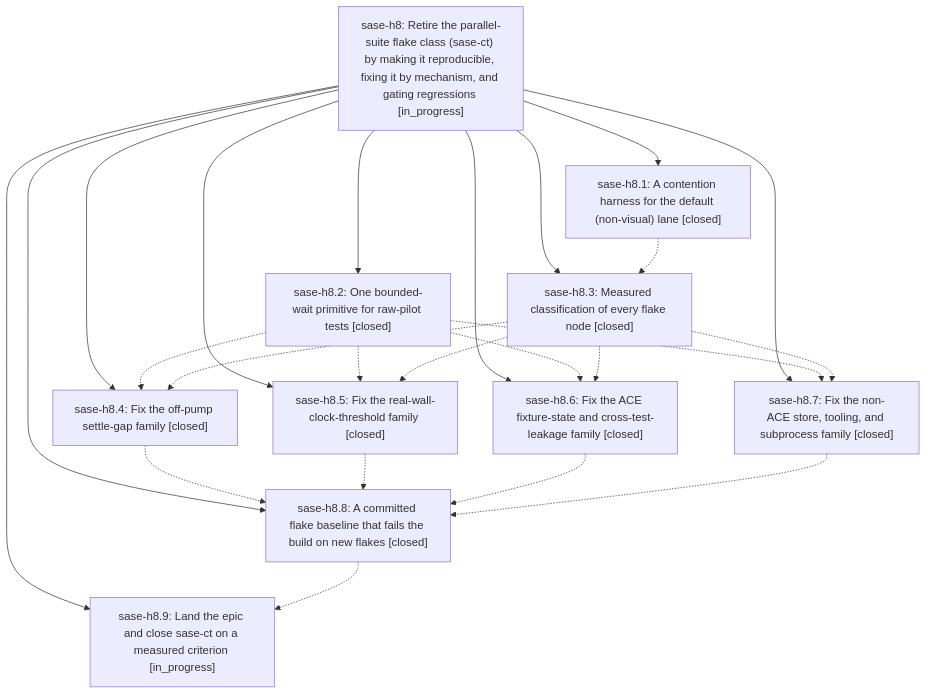
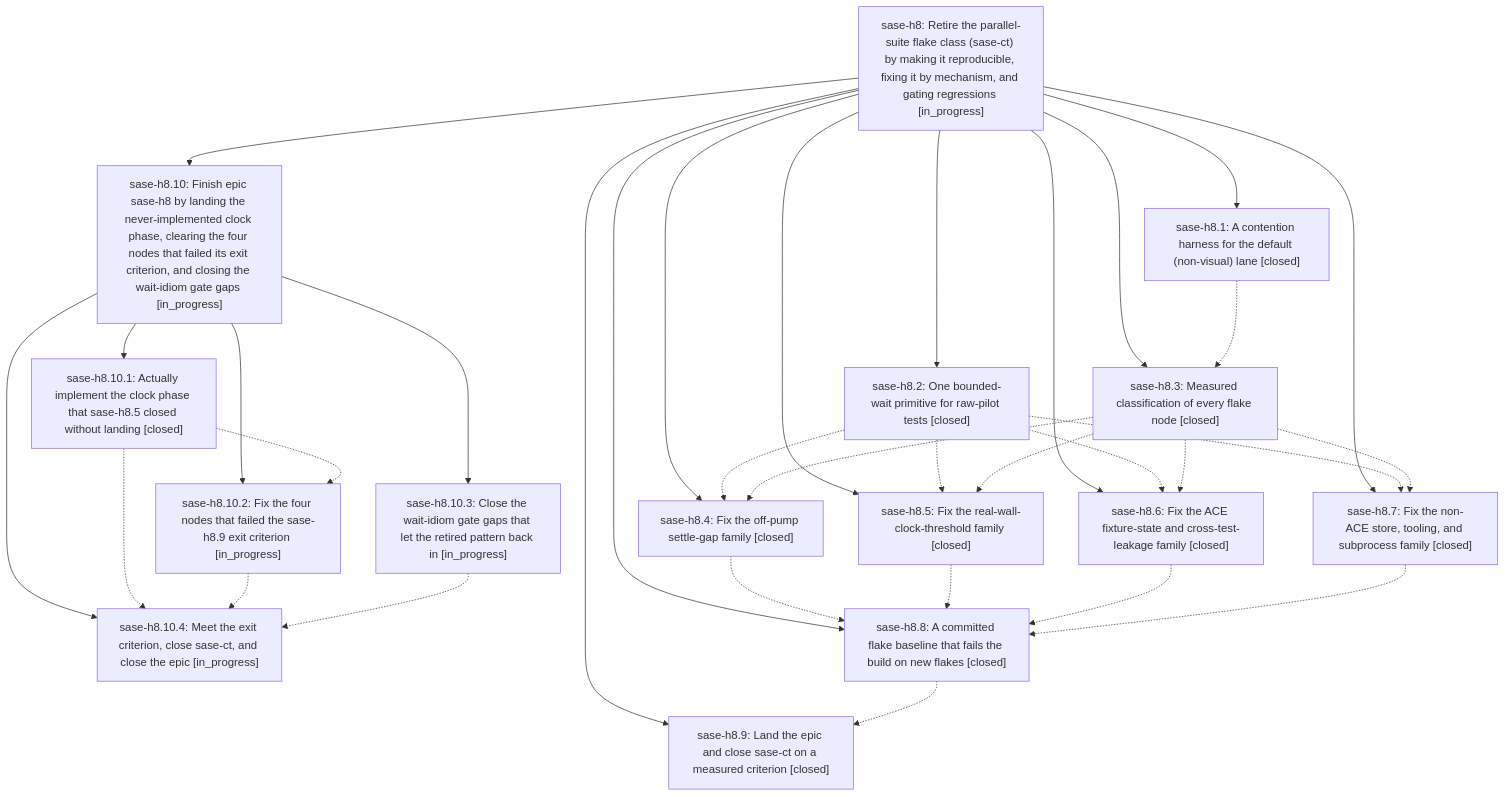
Before and after one commit to sase-org/sase--beads: the diagram in pages/sase-h8/README.md, drawn with Mermaid. The commit also changed other lines of this file and 7 other files, not shown here.

````diff
--- a/pages/sase-h8/README.md
+++ b/pages/sase-h8/README.md
@@ -44,36 +60,50 @@
 ```mermaid
 flowchart TD
     n0["sase-h8: Retire the parallel-suite flake class (sase-ct) by making it reproducible, fixing it by mechanism, and gating regressions [in_progress]"]
     n1["sase-h8.1: A contention harness for the default (non-visual) lane [closed]"]
-    n2["sase-h8.2: One bounded-wait primitive for raw-pilot tests [closed]"]
-    n3["sase-h8.3: Measured classification of every flake node [closed]"]
-    n4["sase-h8.4: Fix the off-pump settle-gap family [closed]"]
-    n5["sase-h8.5: Fix the real-wall-clock-threshold family [closed]"]
-    n6["sase-h8.6: Fix the ACE fixture-state and cross-test-leakage family [closed]"]
-    n7["sase-h8.7: Fix the non-ACE store, tooling, and subprocess family [closed]"]
-    n8["sase-h8.8: A committed flake baseline that fails the build on new flakes [closed]"]
-    n9["sase-h8.9: Land the epic and close sase-ct on a measured criterion [in_progress]"]
+    n2["sase-h8.10: Finish epic sase-h8 by landing the never-implemented clock phase, clearing the four nodes that failed its exit criterion, and closing the wait-idiom gate gaps [in_progress]"]
+    n3["sase-h8.10.1: Actually implement the clock phase that sase-h8.5 closed without landing [closed]"]
+    n4["sase-h8.10.2: Fix the four nodes that failed the sase-h8.9 exit criterion [in_progress]"]
+    n5["sase-h8.10.3: Close the wait-idiom gate gaps that let the retired pattern back in [in_progress]"]
+    n6["sase-h8.10.4: Meet the exit criterion, close sase-ct, and close the epic [in_progress]"]
+    n7["sase-h8.2: One bounded-wait primitive for raw-pilot tests [closed]"]
+    n8["sase-h8.3: Measured classification of every flake node [closed]"]
+    n9["sase-h8.4: Fix the off-pump settle-gap family [closed]"]
+    n10["sase-h8.5: Fix the real-wall-clock-threshold family [closed]"]
+    n11["sase-h8.6: Fix the ACE fixture-state and cross-test-leakage family [closed]"]
+    n12["sase-h8.7: Fix the non-ACE store, tooling, and subprocess family [closed]"]
+    n13["sase-h8.8: A committed flake baseline that fails the build on new flakes [closed]"]
+    n14["sase-h8.9: Land the epic and close sase-ct on a measured criterion [closed]"]
     n0 --> n1
     n0 --> n2
-    n0 --> n3
-    n0 --> n4
-    n0 --> n5
-    n0 --> n6
+    n2 --> n3
+    n2 --> n4
+    n2 --> n5
+    n2 --> n6
     n0 --> n7
     n0 --> n8
     n0 --> n9
-    n1 -.-> n3
-    n2 -.-> n4
-    n2 -.-> n5
-    n2 -.-> n6
-    n2 -.-> n7
+    n0 --> n10
+    n0 --> n11
+    n0 --> n12
+    n0 --> n13
+    n0 --> n14
+    n1 -.-> n8
     n3 -.-> n4
-    n3 -.-> n5
     n3 -.-> n6
-    n3 -.-> n7
-    n4 -.-> n8
-    n5 -.-> n8
-    n6 -.-> n8
-    n7 -.-> n8
+    n4 -.-> n6
+    n5 -.-> n6
+    n7 -.-> n9
+    n7 -.-> n10
+    n7 -.-> n11
+    n7 -.-> n12
     n8 -.-> n9
+    n8 -.-> n10
+    n8 -.-> n11
+    n8 -.-> n12
+    n9 -.-> n13
+    n10 -.-> n13
+    n11 -.-> n13
+    n12 -.-> n13
+    n13 -.-> n14
 ```
````
